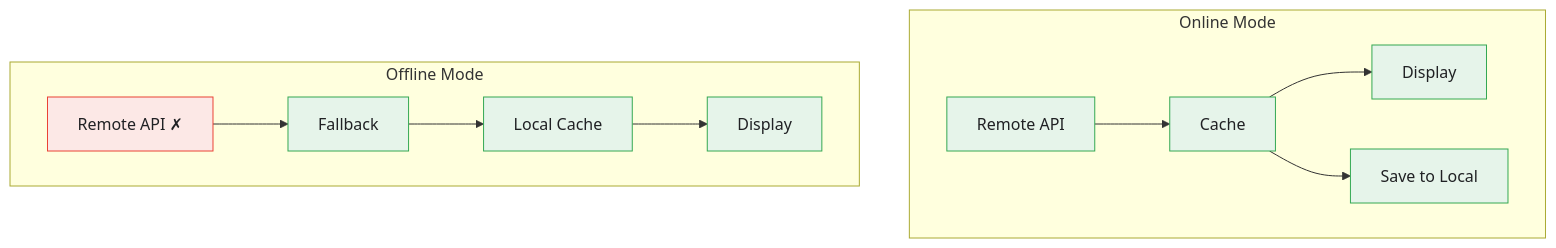
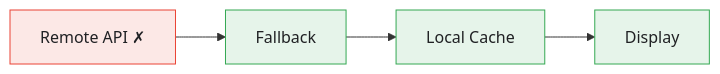
The second of 3 diagrams in docs/features/OFFLINE-SUPPORT.md (tattva20/StreamingVideoApp), drawn with Mermaid before and after one commit. The commit also changed other lines of this file and 20 other files, not shown here.

First line of the commit message:
Refresh docs to match current architecture

````diff
--- a/docs/features/OFFLINE-SUPPORT.md
+++ b/docs/features/OFFLINE-SUPPORT.md
@@ -9,18 +22,9 @@
 ```mermaid
-flowchart TB
-    subgraph Online["Online Mode"]
-        direction LR
-        RA["Remote API"] --> Ca["Cache"] --> Di["Display"]
-        Ca --> SL["Save to Local"]
-    end
-    subgraph Offline["Offline Mode"]
-        direction LR
-        RA2["Remote API ✗"] --> FB["Fallback"] --> LC["Local Cache"] --> Di2["Display"]
-    end
+flowchart LR
+    RA2["Remote API ✗"] --> FB["Fallback"] --> LC["Local Cache"] --> Di2["Display"]
 
     classDef ok fill:#e6f4ea,stroke:#34a853,color:#202124;
     classDef bad fill:#fce8e6,stroke:#ea4335,color:#202124;
-    class RA,Ca,Di,SL ok;
     class RA2 bad;
     class FB,LC,Di2 ok;
 ```
````
